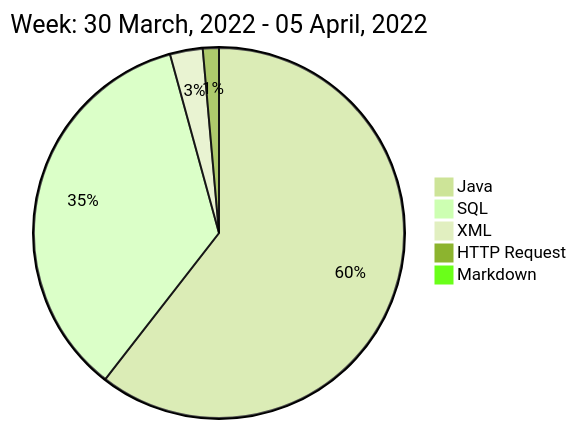
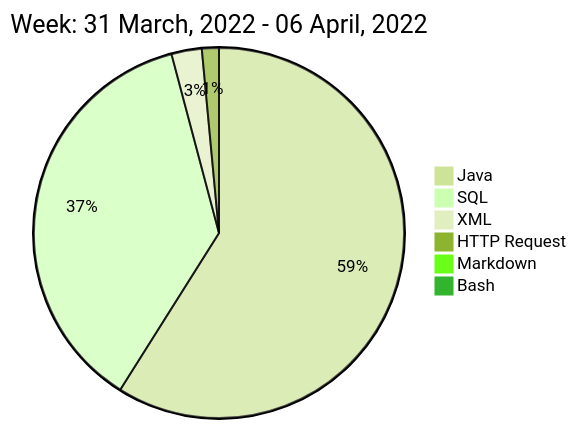
One commit to liubin95/liubin95 changed the diagram in README.md. Above: the diagram before and after it, drawn with Mermaid (forest theme).

Commit message:
Updated the Graph with new Metrics

````diff
--- a/README.md
+++ b/README.md
@@ -40,9 +40,10 @@
 ```mermaid
  pie
-title Week: 30 March, 2022 - 05 April, 2022
- "Java" : 12.08
- "SQL" : 7.03
- "XML" : 0.57
+title Week: 31 March, 2022 - 06 April, 2022
+ "Java" : 11.13
+ "SQL" : 6.97
+ "XML" : 0.5
  "HTTP Request" : 0.28
- "Markdown" : 0.03
+ "Markdown" : 0.12
+ "Bash" : 0.02
 ```
````
